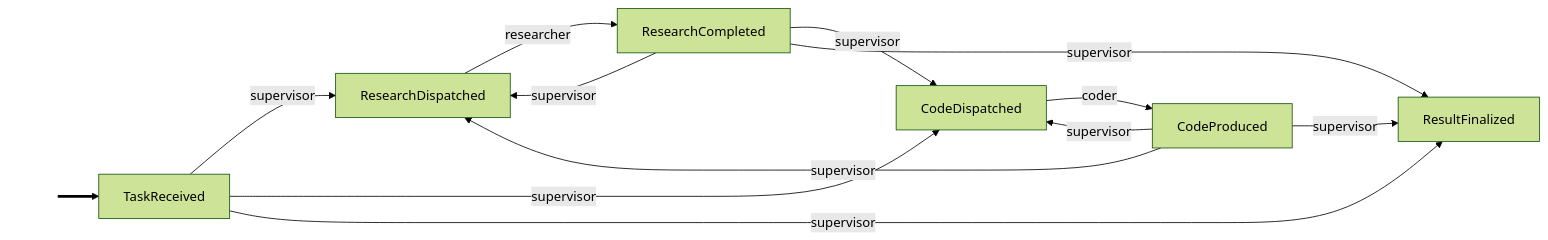
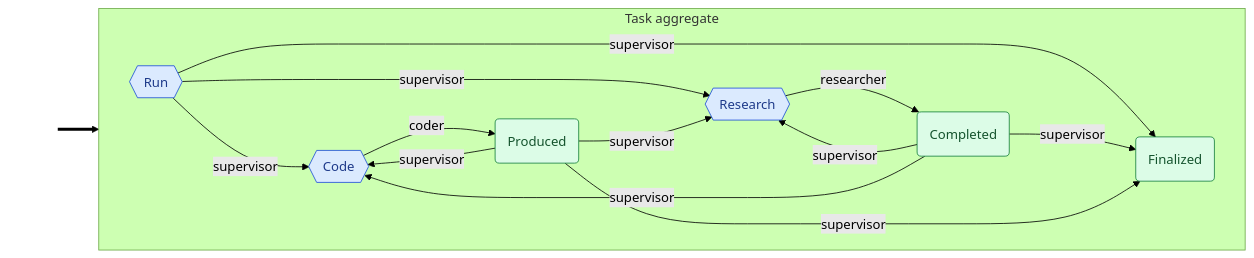
One commit to cadance-io/langgraph-events changed the second of 2 diagrams in examples/supervisor.graph.md. Above: the diagram before and after it, drawn with Mermaid (forest theme). The commit also changed other lines of this file and 60 other files, not shown here.

````diff
--- a/examples/supervisor.graph.md
+++ b/examples/supervisor.graph.md
@@ -4,17 +43,32 @@
 ```mermaid
 graph LR
     classDef entry fill:none,stroke:none,color:none
-    _e0_[ ]:::entry ==> TaskReceived
-    TaskReceived -->|supervisor| ResearchDispatched
-    TaskReceived -->|supervisor| CodeDispatched
-    TaskReceived -->|supervisor| ResultFinalized
-    ResearchCompleted -->|supervisor| ResearchDispatched
-    ResearchCompleted -->|supervisor| CodeDispatched
-    ResearchCompleted -->|supervisor| ResultFinalized
-    CodeProduced -->|supervisor| ResearchDispatched
-    CodeProduced -->|supervisor| CodeDispatched
-    CodeProduced -->|supervisor| ResultFinalized
-    ResearchDispatched -->|researcher| ResearchCompleted
-    CodeDispatched -->|coder| CodeProduced
+    classDef cmd fill:#dbeafe,stroke:#1d4ed8,color:#1e3a8a
+    classDef devt fill:#dcfce7,stroke:#15803d,color:#14532d
+    classDef intg fill:#ede9fe,stroke:#6d28d9,color:#4c1d95
+    classDef syst fill:#fef3c7,stroke:#b45309,color:#78350f
+    classDef halt fill:#fef3c7,stroke:#b45309,color:#78350f,stroke-width:3px,stroke-dasharray:4 2
+    classDef inv fill:#ffedd5,stroke:#c2410c,color:#7c2d12
+    subgraph Task["Task aggregate"]
+        direction LR
+        Code{{Code}}:::cmd
+        Completed(Completed):::devt
+        Finalized(Finalized):::devt
+        Produced(Produced):::devt
+        Research{{Research}}:::cmd
+        Run{{Run}}:::cmd
+    end
+    _e0_[ ]:::entry ==> Run
+    Run -->|supervisor| Research
+    Run -->|supervisor| Code
+    Run -->|supervisor| Finalized
+    Completed -->|supervisor| Research
+    Completed -->|supervisor| Code
+    Completed -->|supervisor| Finalized
+    Produced -->|supervisor| Research
+    Produced -->|supervisor| Code
+    Produced -->|supervisor| Finalized
+    Research -->|researcher| Completed
+    Code -->|coder| Produced
 %% Side-effect handlers: audit_trail (Auditable)
 ```
````
